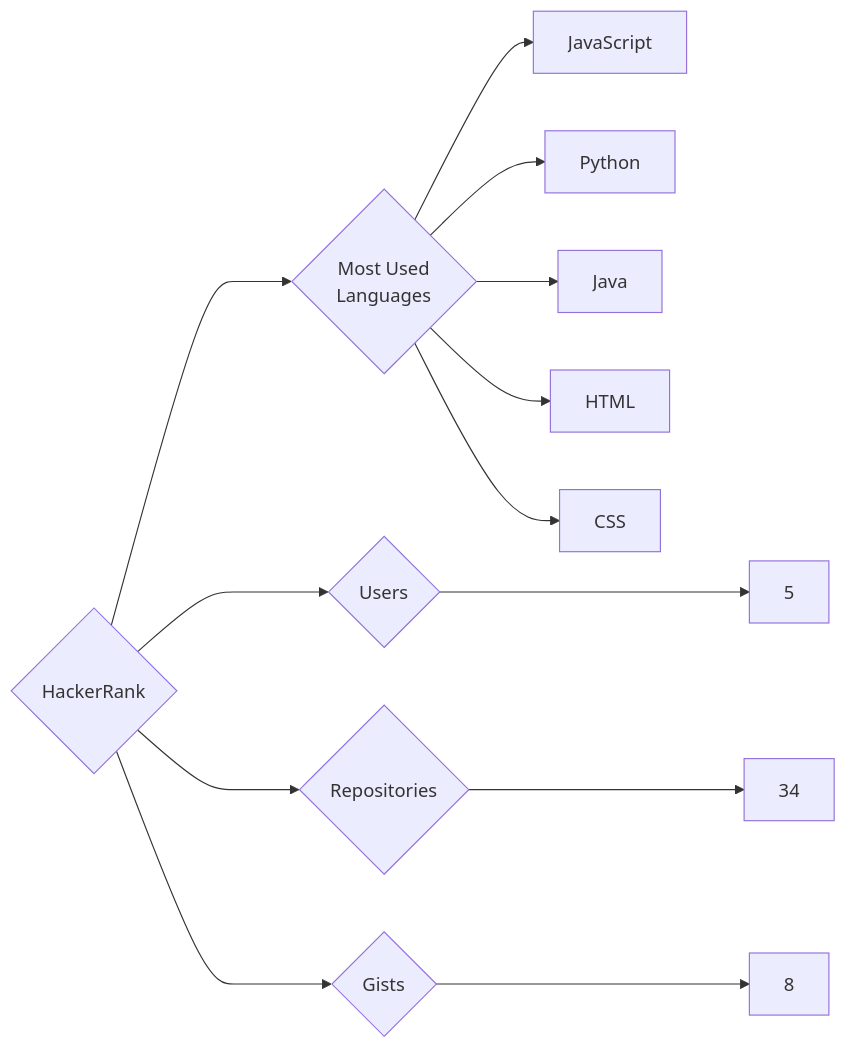
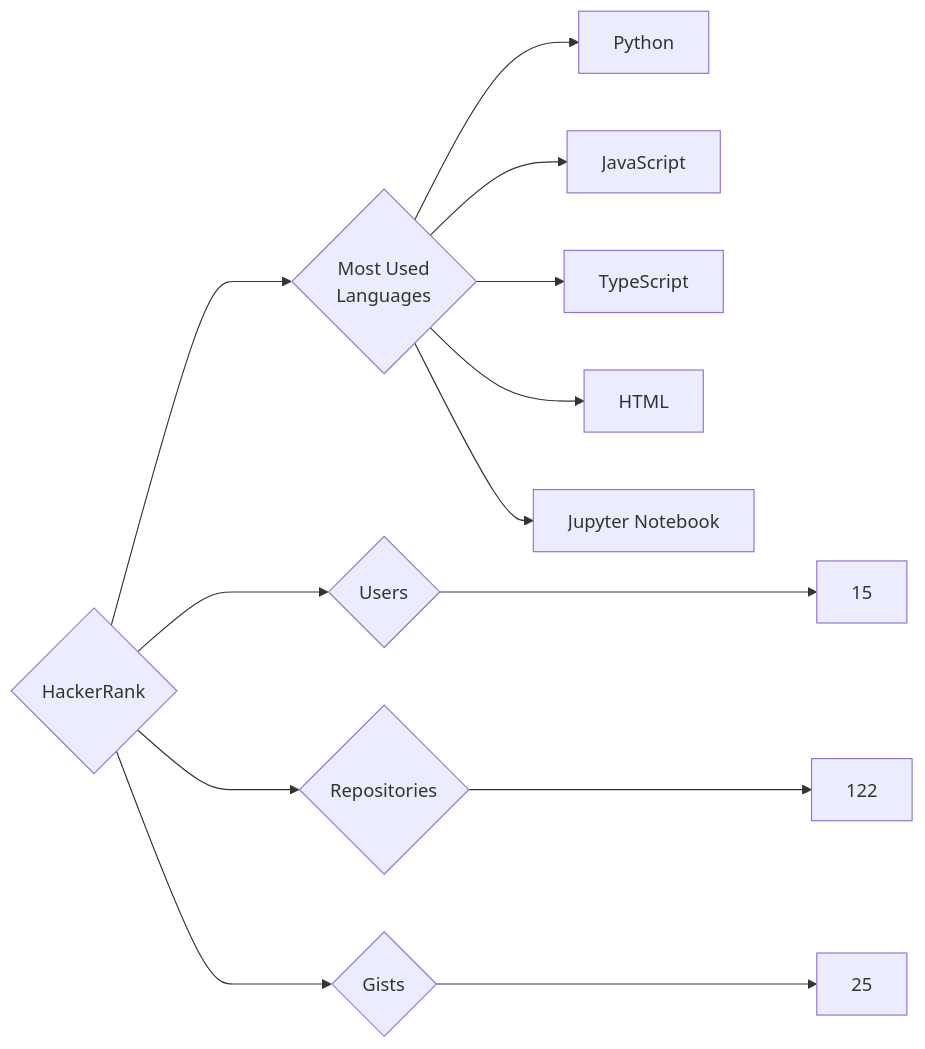
Before and after one commit to trickest/insiders: the diagram in targets/HackerRank/README.md, drawn with Mermaid. The commit also changed 1314 other files, not shown here.

````diff
--- a/targets/HackerRank/README.md
+++ b/targets/HackerRank/README.md
@@ -3,13 +3,13 @@
 ```mermaid
 graph LR
 COMPANY_NAME{HackerRank}
-COMPANY_NAME ---> U{Users} ---> UN[5]
-COMPANY_NAME ---> R{Repositories} ---> RN[34]
-COMPANY_NAME ---> G{Gists} ---> GN[8]
+COMPANY_NAME ---> U{Users} ---> UN[15]
+COMPANY_NAME ---> R{Repositories} ---> RN[122]
+COMPANY_NAME ---> G{Gists} ---> GN[25]
 COMPANY_NAME ---> ML{Most Used<br>Languages}
+ML --> Python[Python]
 ML --> JavaScript[JavaScript]
-ML --> Python[Python]
-ML --> Java[Java]
+ML --> TypeScript[TypeScript]
 ML --> HTML[HTML]
-ML --> CSS[CSS]
+ML --> Jupyter_Notebook[Jupyter Notebook]
 ```
````
